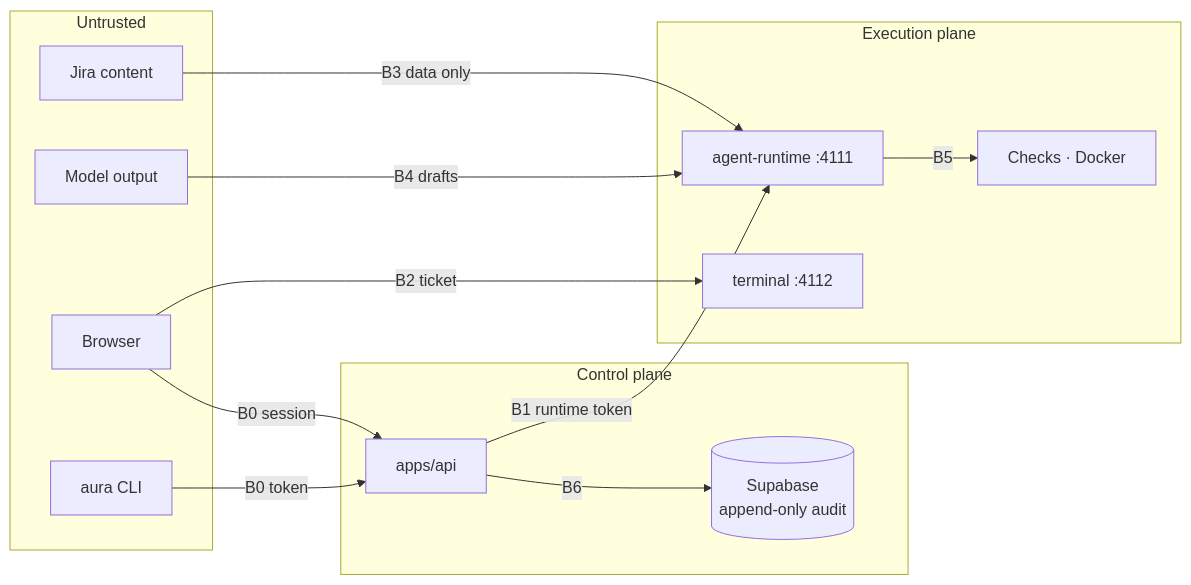
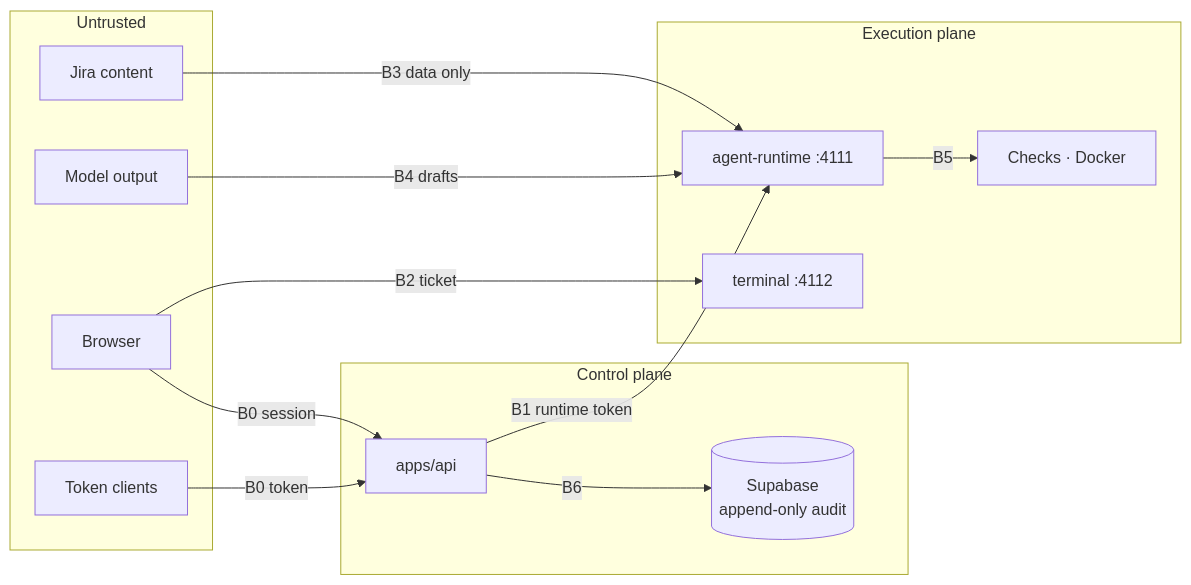
The first of 2 diagrams in docs/security/threat-model.md (HasithaErandika/aura), drawn with Mermaid before and after one commit. The commit also changed 27 other files, not shown here.

First line of the commit message:
feat: runtime state in Postgres (Part B); remove the aura CLI

````diff
--- a/docs/security/threat-model.md
+++ b/docs/security/threat-model.md
@@ -17,26 +17,26 @@
 ```mermaid
 flowchart LR
     subgraph U["Untrusted"]
         B["Browser"]
-        CLI["aura CLI"]
+        CLI["Token clients"]
         J["Jira content"]
         M["Model output"]
     end
     subgraph C["Control plane"]
         API["apps/api"]
         DB[("Supabase<br/>append-only audit")]
     end
     subgraph R["Execution plane"]
         RT["agent-runtime :4111"]
         TERM["terminal :4112"]
         SB["Checks · Docker"]
     end
     B -->|"B0 session"| API
     CLI -->|"B0 token"| API
     API -->|"B1 runtime token"| RT
     B -->|"B2 ticket"| TERM
     J -->|"B3 data only"| RT
     M -->|"B4 drafts"| RT
     RT -->|"B5"| SB
     API -->|"B6"| DB
 ```
````
